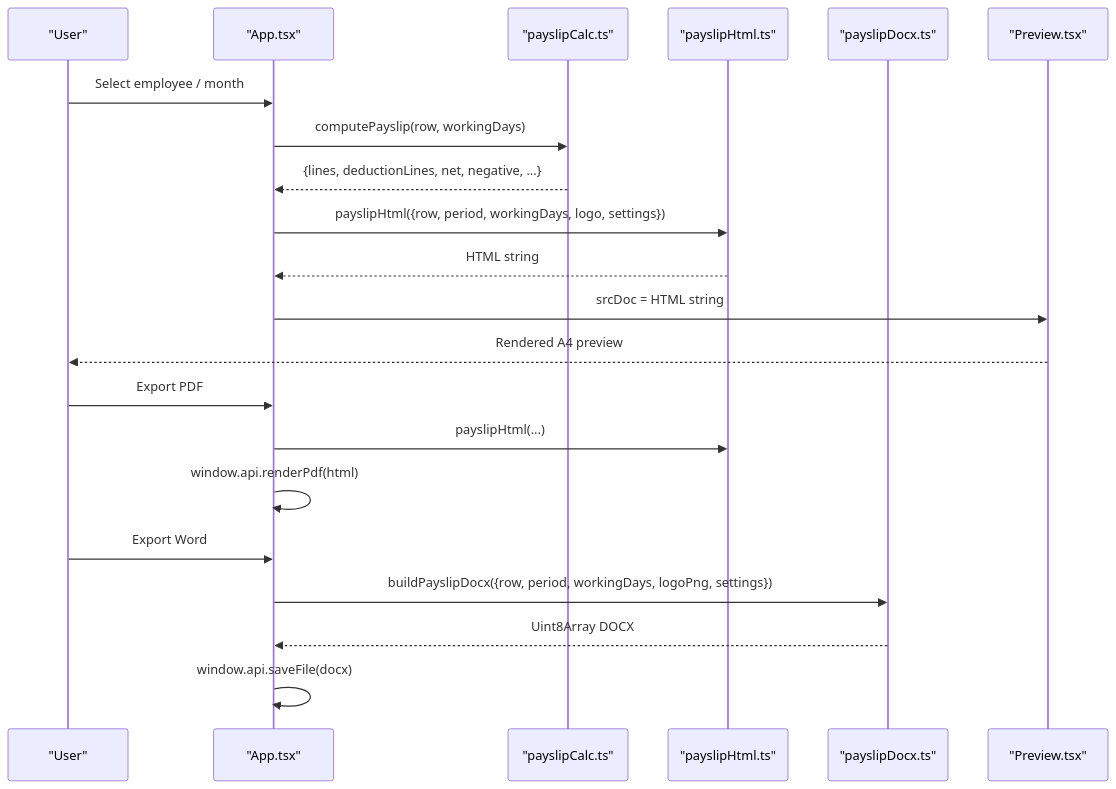
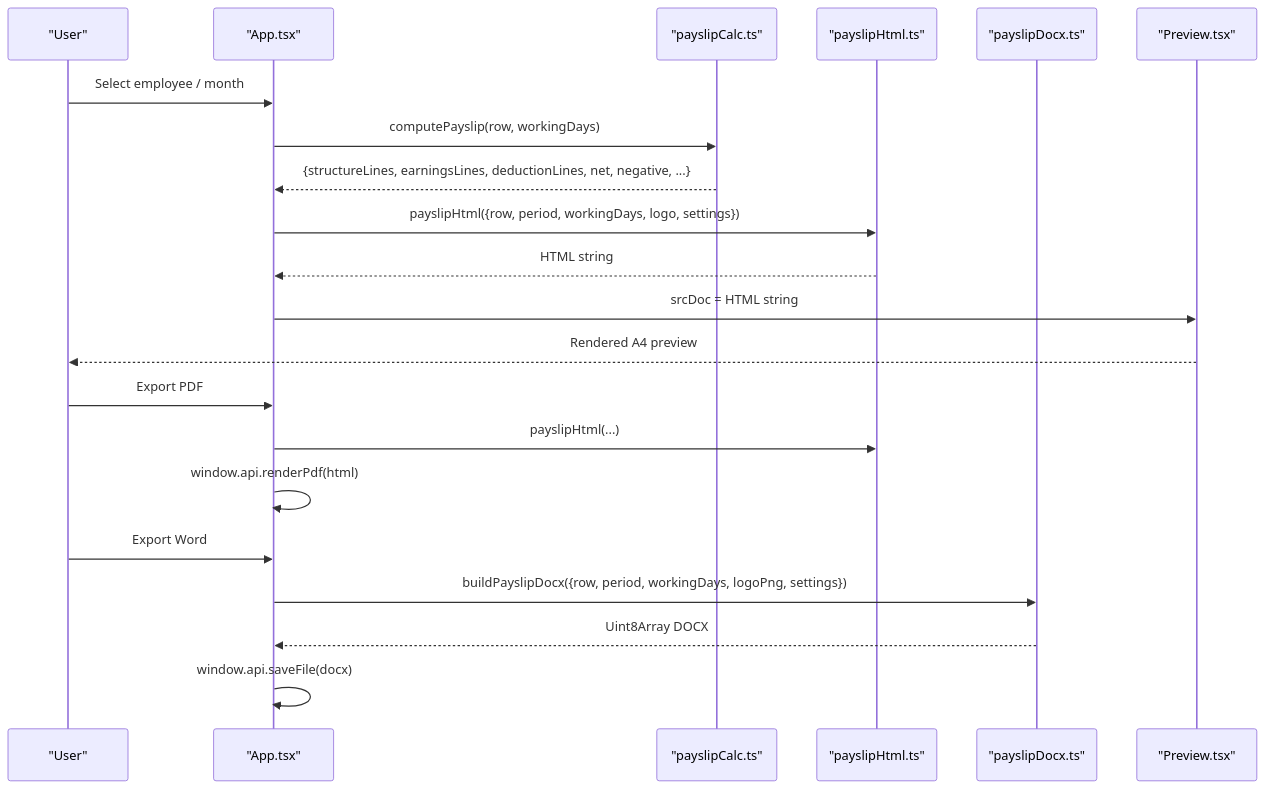
Before and after one commit to MdodoIng/salery-slip-generater: the second of 8 diagrams in .qoder/repowiki/en/content/User Guide/Payslip Generation.md, drawn with Mermaid. The commit also changed other lines of this file and 1 other file, not shown here.

````diff
--- a/.qoder/repowiki/en/content/User Guide/Payslip Generation.md
+++ b/.qoder/repowiki/en/content/User Guide/Payslip Generation.md
@@ -113,23 +114,23 @@
 ```mermaid
 sequenceDiagram
 participant User as "User"
 participant App as "App.tsx"
 participant Calc as "payslipCalc.ts"
 participant Html as "payslipHtml.ts"
 participant Docx as "payslipDocx.ts"
 participant Preview as "Preview.tsx"
 User->>App : Select employee / month
 App->>Calc : computePayslip(row, workingDays)
-Calc-->>App : {lines, deductionLines, net, negative, ...}
+Calc-->>App : {structureLines, earningsLines, deductionLines, net, negative, ...}
 App->>Html : payslipHtml({row, period, workingDays, logo, settings})
 Html-->>App : HTML string
 App->>Preview : srcDoc = HTML string
 Preview-->>User : Rendered A4 preview
 User->>App : Export PDF
 App->>Html : payslipHtml(...)
 App->>App : window.api.renderPdf(html)
 User->>App : Export Word
 App->>Docx : buildPayslipDocx({row, period, workingDays, logoPng, settings})
 Docx-->>App : Uint8Array DOCX
 App->>App : window.api.saveFile(docx)
 ```
````
